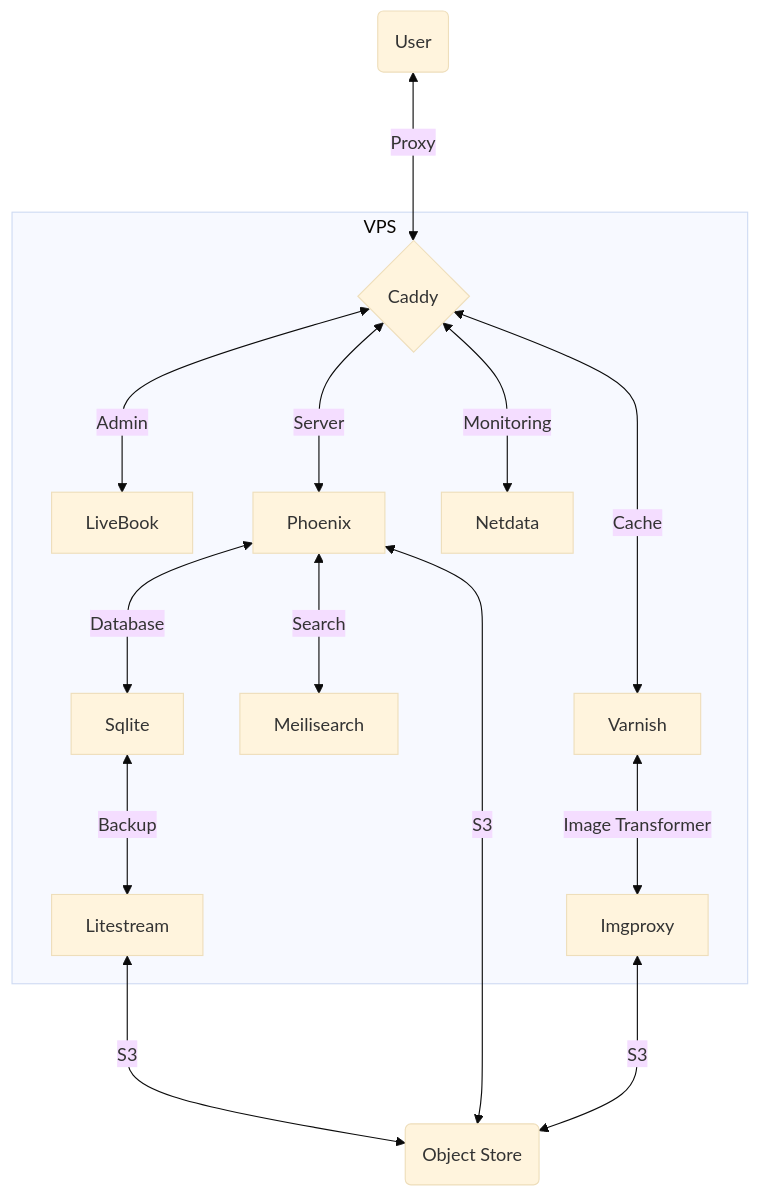
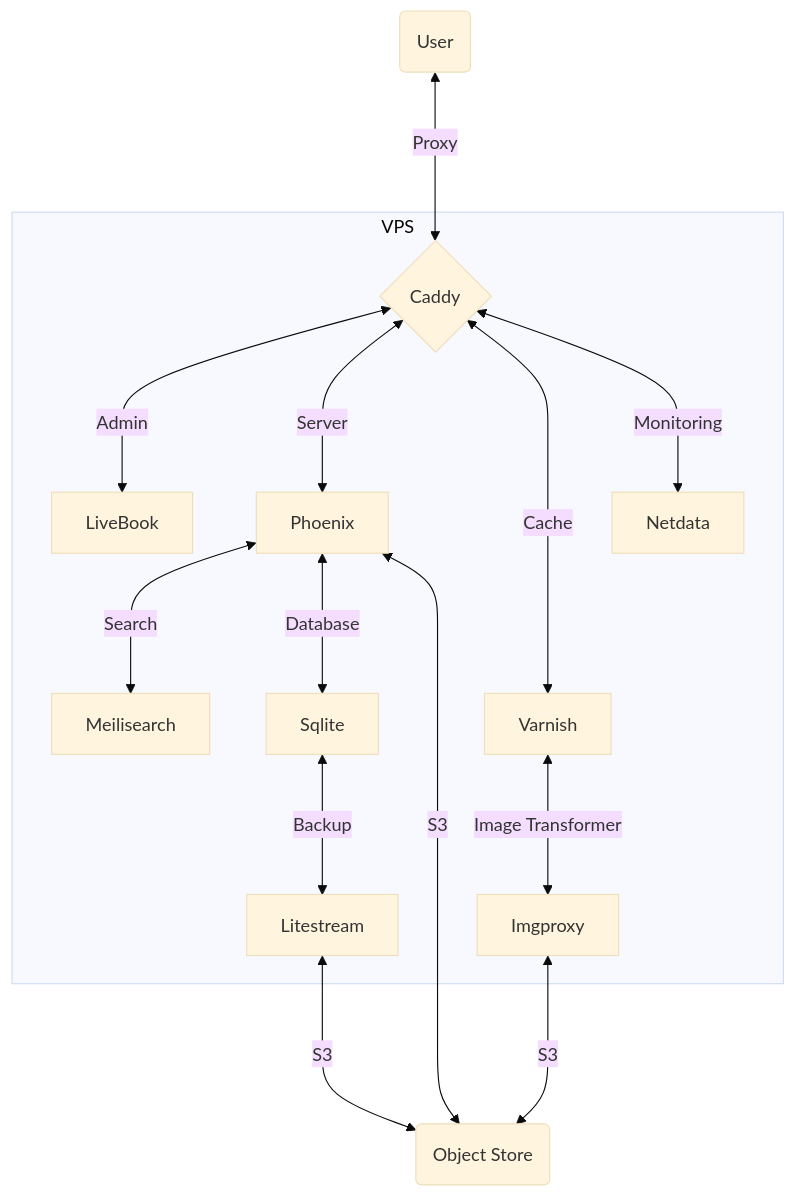
Before and after one commit to derpycoder/derpycoder: the diagram in README.md, drawn with Mermaid (base theme).

````diff
--- a/README.md
+++ b/README.md
@@ -23,21 +23,23 @@
 ```mermaid
 graph TD
 
 U(User) <---> |Proxy| C{Caddy}
 
 subgraph VPS
   C{Caddy} <---> |Admin| LiveBook
+  Phoenix <---> |Search| Meilisearch
+
   C{Caddy} <---> |Server| Phoenix
   Phoenix <---> |Database| Sqlite
   Sqlite <---> |Backup| Litestream
-  Phoenix <---> |Search| Meilisearch
-  C{Caddy} <---> |Monitoring| Netdata
+
   C{Caddy} <---> |Cache| Varnish
   Varnish <---> |Image Transformer| Imgproxy
+  
+  C{Caddy} <---> |Monitoring| Netdata
 end
 
 Phoenix <---> |S3| S3(Object Store)
 Imgproxy <---> |S3| S3(Object Store)
 Litestream <---> |S3| S3(Object Store)
-
 ```
````
